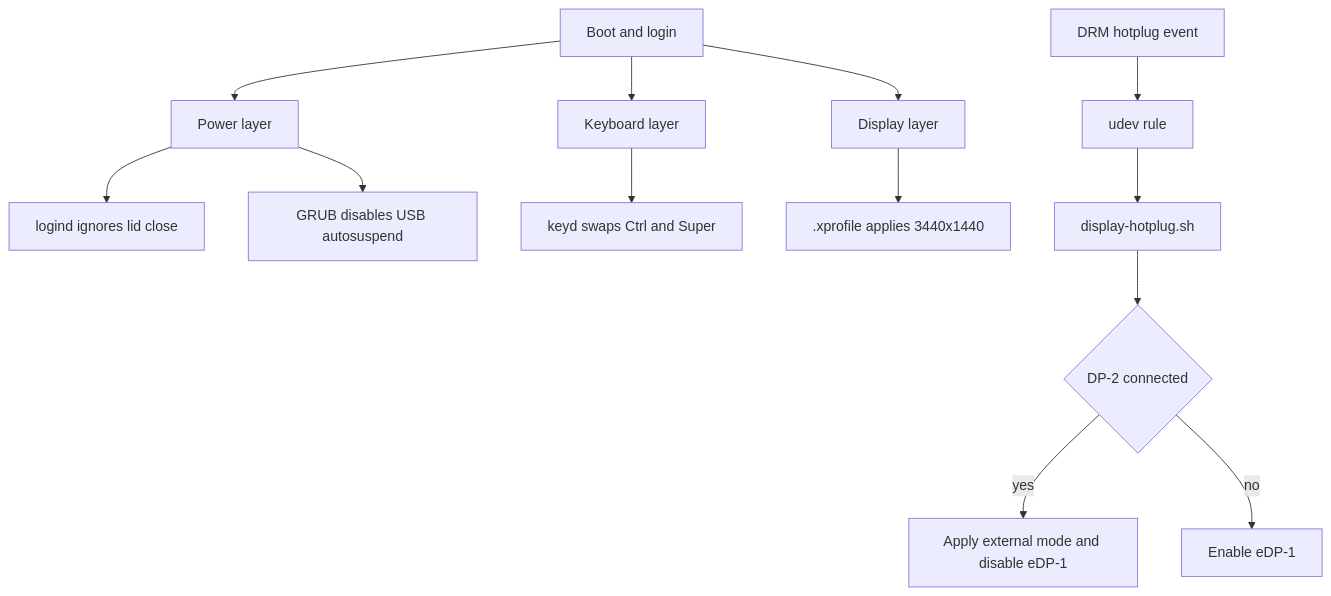
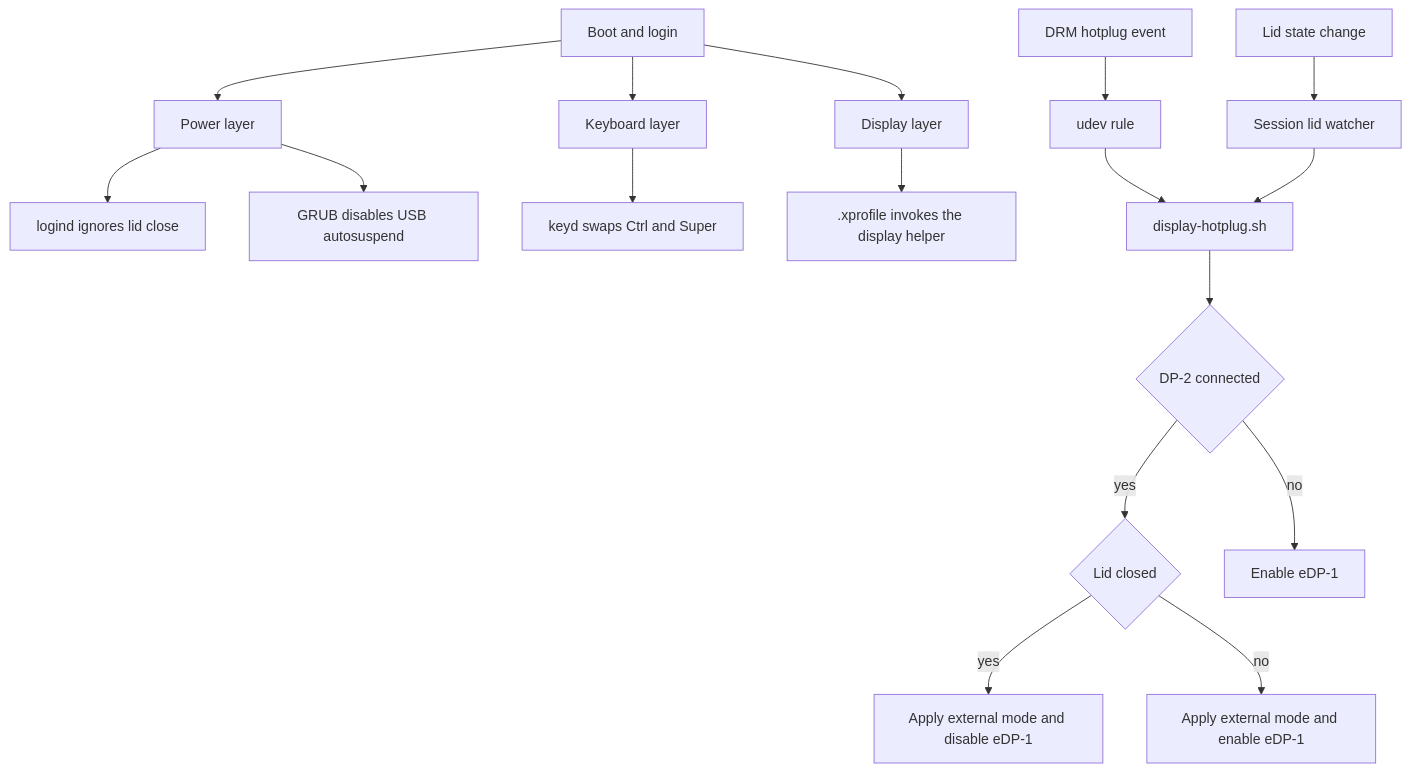
Before and after one commit to realdavidvega/dotfiles: the diagram in doc/linux-mint-macbook.md, drawn with Mermaid. The commit also changed other lines of this file and 7 other files, not shown here.

````diff
--- a/doc/linux-mint-macbook.md
+++ b/doc/linux-mint-macbook.md
@@ -12,15 +12,19 @@
 ```mermaid
 flowchart TD
   boot[Boot and login] --> power[Power layer]
   boot --> keyboard[Keyboard layer]
   boot --> display[Display layer]
   power --> lid[logind ignores lid close]
   power --> usb[GRUB disables USB autosuspend]
   keyboard --> keyd[keyd swaps Ctrl and Super]
-  display --> xprofile[.xprofile applies 3440x1440]
+  display --> xprofile[.xprofile invokes the display helper]
   hotplug[DRM hotplug event] --> udev[udev rule]
   udev --> script[display-hotplug.sh]
+  lidchange[Lid state change] --> watcher[Session lid watcher]
+  watcher --> script
   script --> connected{DP-2 connected}
-  connected -->|yes| external[Apply external mode and disable eDP-1]
+  connected -->|yes| lidstate{Lid closed}
+  lidstate -->|yes| external[Apply external mode and disable eDP-1]
+  lidstate -->|no| dual[Apply external mode and enable eDP-1]
   connected -->|no| internal[Enable eDP-1]
 ```
````
